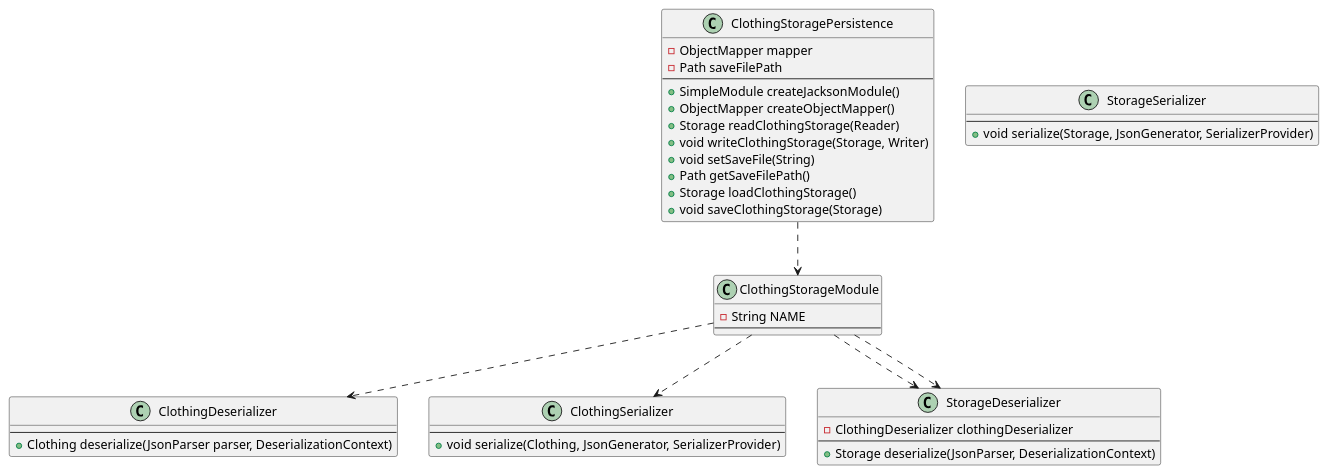
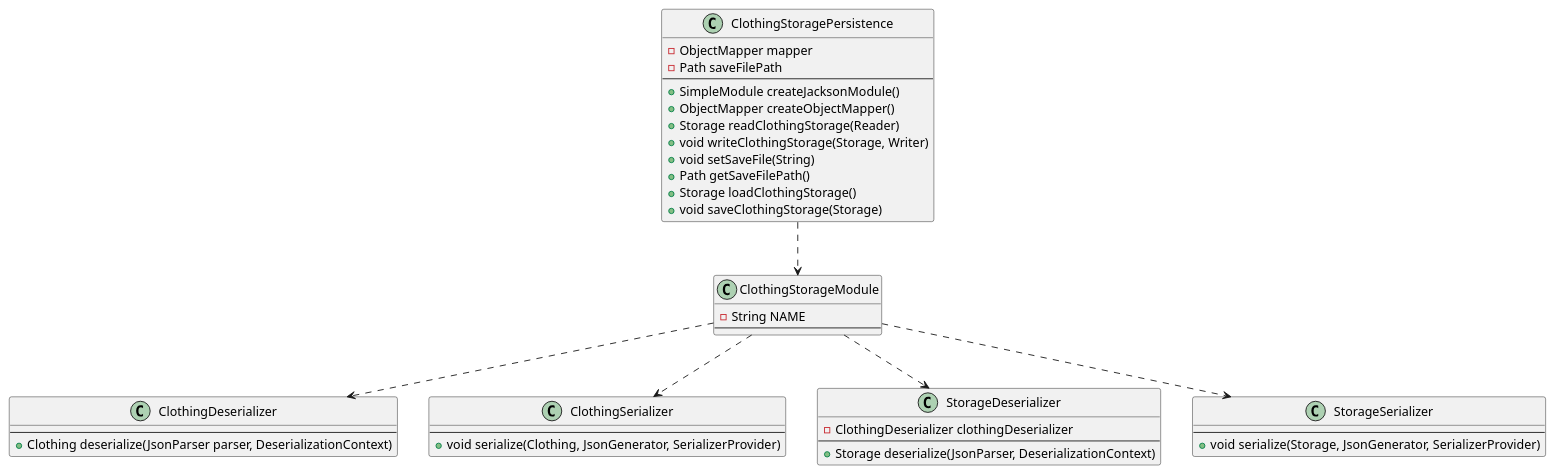
One commit to olejacobmellgren/clothingStorage changed the diagram in docs/release3/diagrams/localpersistienceClassDiagram.puml. Above: the diagram before and after it, drawn with PlantUML. The commit also changed 3 other files, not shown here.

First line of the commit message:
#39 Small changes to the class diagrams

```diff
--- a/docs/release3/diagrams/localpersistienceClassDiagram.puml
+++ b/docs/release3/diagrams/localpersistienceClassDiagram.puml
@@ -1,55 +1,55 @@
 @startuml localpersistence
 
 class ClothingStoragePersistence
 {
     -ObjectMapper mapper
     -Path saveFilePath
     --
     +SimpleModule createJacksonModule()
     +ObjectMapper createObjectMapper()
     +Storage readClothingStorage(Reader)
     +void writeClothingStorage(Storage, Writer)
     +void setSaveFile(String)
     +Path getSaveFilePath()
     +Storage loadClothingStorage()
     +void saveClothingStorage(Storage)
 }
 
 class ClothingStorageModule
 {
     -String NAME
     --
 }
 
 class ClothingDeserializer
 {
     --
     +Clothing deserialize(JsonParser parser, DeserializationContext)
 }
 
 class ClothingSerializer
 {
     --
     +void serialize(Clothing, JsonGenerator, SerializerProvider)
 }
 
 class StorageDeserializer
 {
     -ClothingDeserializer clothingDeserializer
     --
     +Storage deserialize(JsonParser, DeserializationContext)
 }
 
 class StorageSerializer
 {
     --
     +void serialize(Storage, JsonGenerator, SerializerProvider)
 }
 
 ClothingStoragePersistence ..> ClothingStorageModule
 ClothingStorageModule ..> ClothingDeserializer
 ClothingStorageModule ..> ClothingSerializer
 ClothingStorageModule ..> StorageDeserializer
-ClothingStorageModule ..> StorageDeserializer
+ClothingStorageModule ..> StorageSerializer
 
 @enduml
```
